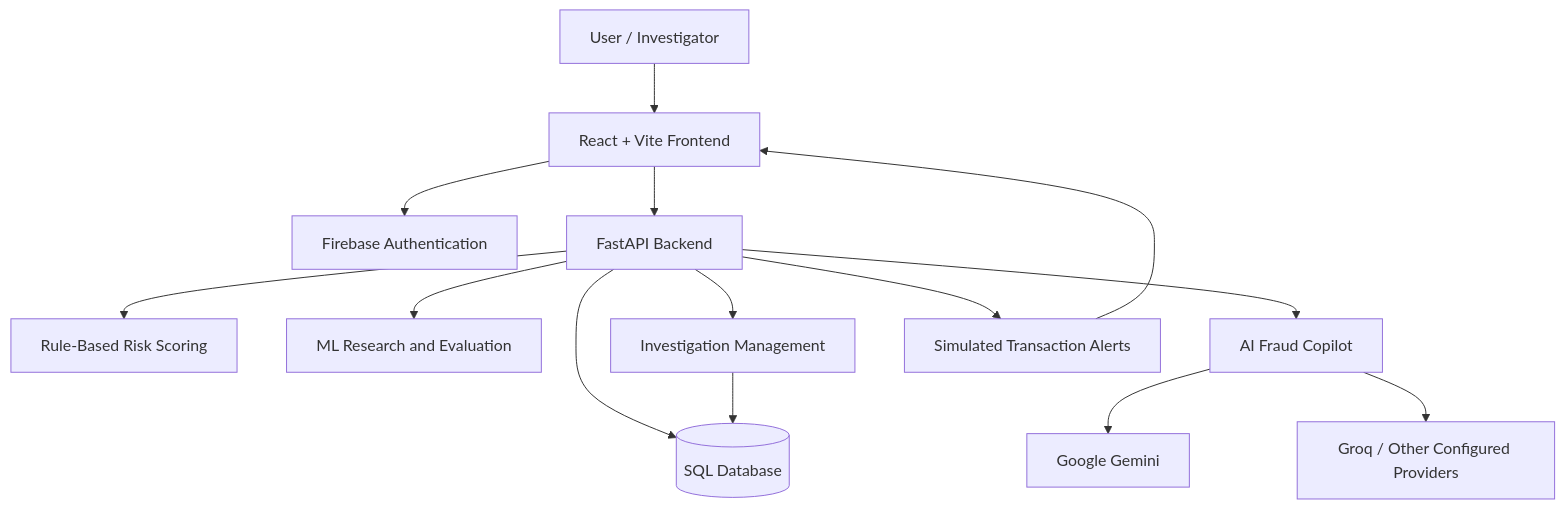
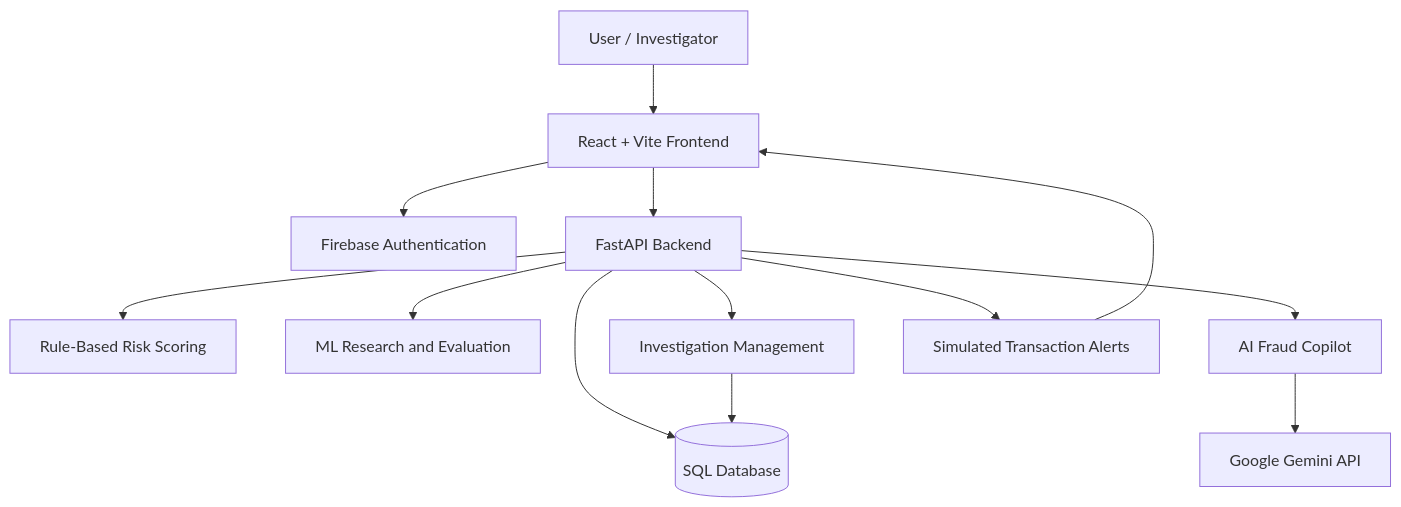
One commit to MohammedAzamAli/FraudShield-AI changed the diagram in README.md. Above: the diagram before and after it, drawn with Mermaid. The commit also changed other lines of this file and 28 other files, not shown here.

````diff
--- a/README.md
+++ b/README.md
@@ -129,20 +129,19 @@
 ```mermaid
 flowchart TD
     U[User / Investigator] --> R[React + Vite Frontend]
     R --> F[Firebase Authentication]
     R --> A[FastAPI Backend]
 
     A --> D[(SQL Database)]
     A --> S[Rule-Based Risk Scoring]
     A --> M[ML Research and Evaluation]
     A --> C[AI Fraud Copilot]
 
-    C --> G[Google Gemini]
-    C --> Q[Groq / Other Configured Providers]
+    C --> G[Google Gemini API]
 
     A --> I[Investigation Management]
     A --> W[Simulated Transaction Alerts]
 
     I --> D
     W --> R
 ```
````
